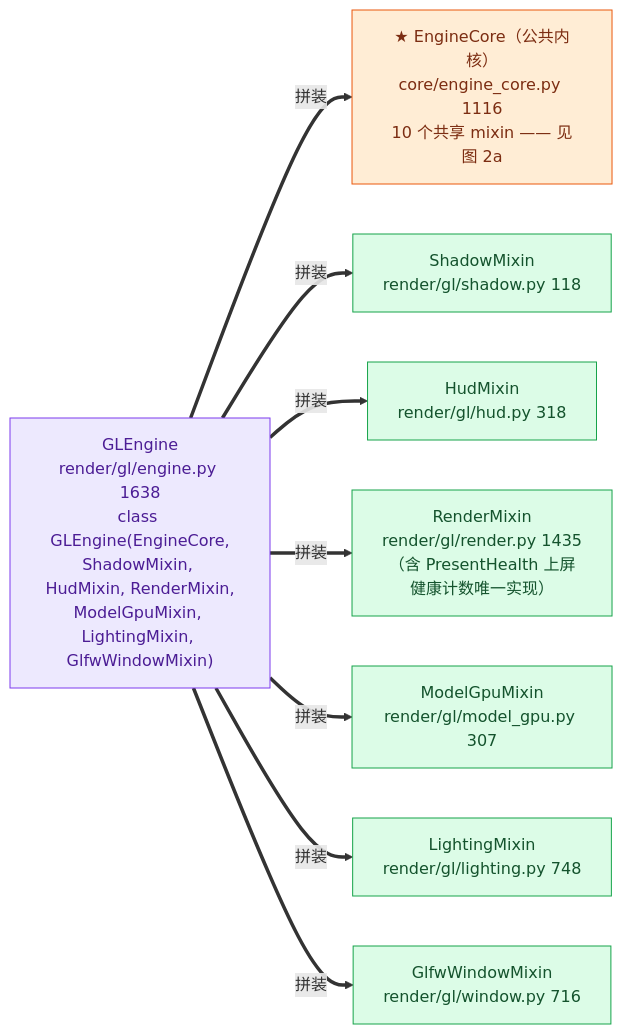
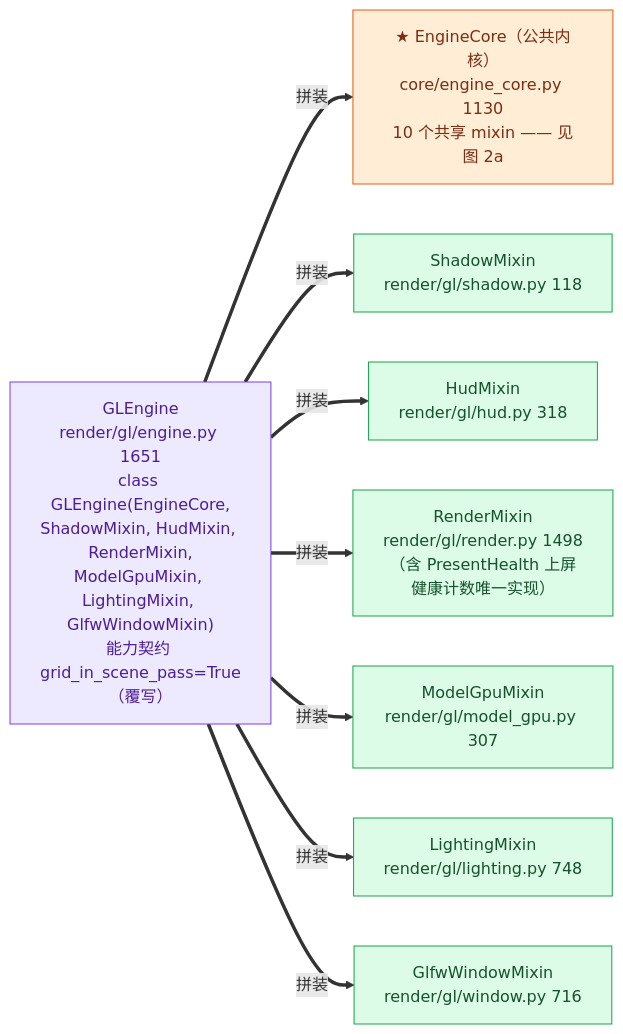
One commit to lhy302/WeaveEngine changed the second of 23 diagrams in ARCHITECTURE.md. Above: the diagram before and after it, drawn with Mermaid. The commit also changed other lines of this file, not shown here.

Commit message:
B7-55~59 架构图同步：23 图按实况刷新（HEAD 01ca8a9；168 .py/63431 行；+7 门 + test_hub_update 106；run_all ~170 文件/6341 PASS/0 FAIL）

````diff
--- a/ARCHITECTURE.md
+++ b/ARCHITECTURE.md
@@ -191,21 +205,21 @@
 ```mermaid
 flowchart LR
-  G["GLEngine<br/>render/gl/engine.py 1638<br/>class GLEngine(EngineCore,<br/>ShadowMixin, HudMixin, RenderMixin,<br/>ModelGpuMixin, LightingMixin, GlfwWindowMixin)"]:::facade
-  K["★ EngineCore（公共内核）<br/>core/engine_core.py 1116<br/>10 个共享 mixin —— 见图 2a"]:::contract
+  G["GLEngine<br/>render/gl/engine.py 1651<br/>class GLEngine(EngineCore,<br/>ShadowMixin, HudMixin, RenderMixin,<br/>ModelGpuMixin, LightingMixin, GlfwWindowMixin)<br/>能力契约 grid_in_scene_pass=True（覆写）"]:::facade
+  K["★ EngineCore（公共内核）<br/>core/engine_core.py 1130<br/>10 个共享 mixin —— 见图 2a"]:::contract
   M1["ShadowMixin<br/>render/gl/shadow.py 118"]:::impl
   M2["HudMixin<br/>render/gl/hud.py 318"]:::impl
-  M3["RenderMixin<br/>render/gl/render.py 1435<br/>（含 PresentHealth 上屏健康计数唯一实现）"]:::impl
+  M3["RenderMixin<br/>render/gl/render.py 1498<br/>（含 PresentHealth 上屏健康计数唯一实现）"]:::impl
   M4["ModelGpuMixin<br/>render/gl/model_gpu.py 307"]:::impl
   M5["LightingMixin<br/>render/gl/lighting.py 748"]:::impl
   M6["GlfwWindowMixin<br/>render/gl/window.py 716"]:::impl
   G ==>|拼装| K
   G ==>|拼装| M1
   G ==>|拼装| M2
   G ==>|拼装| M3
   G ==>|拼装| M4
   G ==>|拼装| M5
   G ==>|拼装| M6
   classDef facade fill:#ede9fe,stroke:#7c3aed,color:#4c1d95
   classDef impl fill:#dcfce7,stroke:#16a34a,color:#14532d
   classDef contract fill:#ffedd5,stroke:#ea580c,color:#7c2d12
 ```
````
